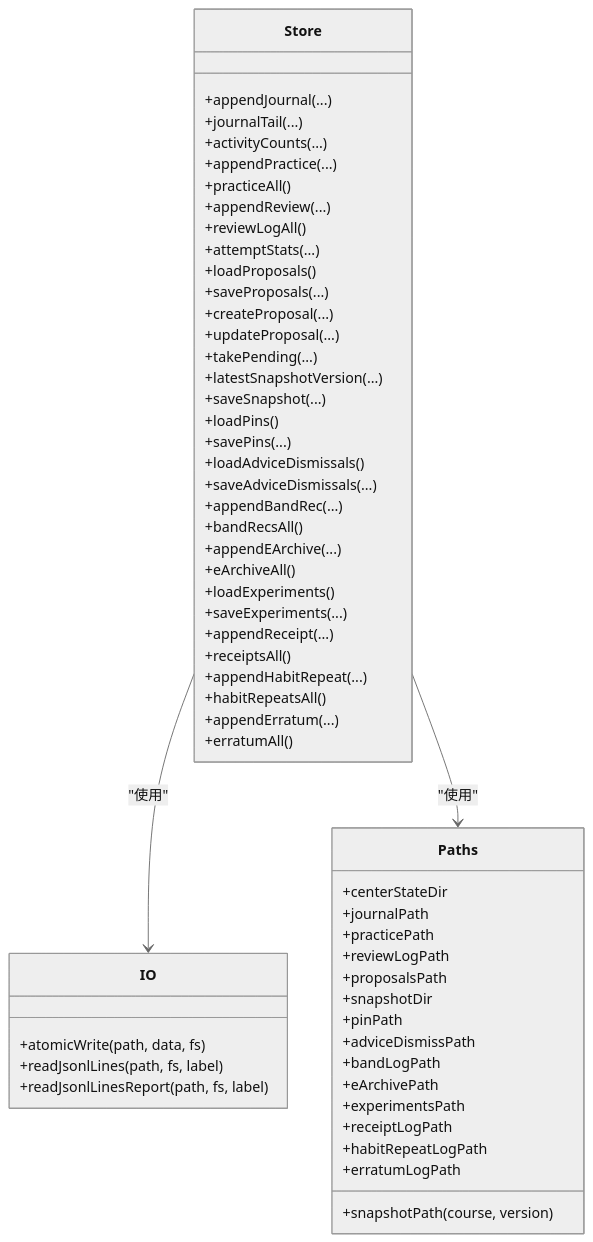
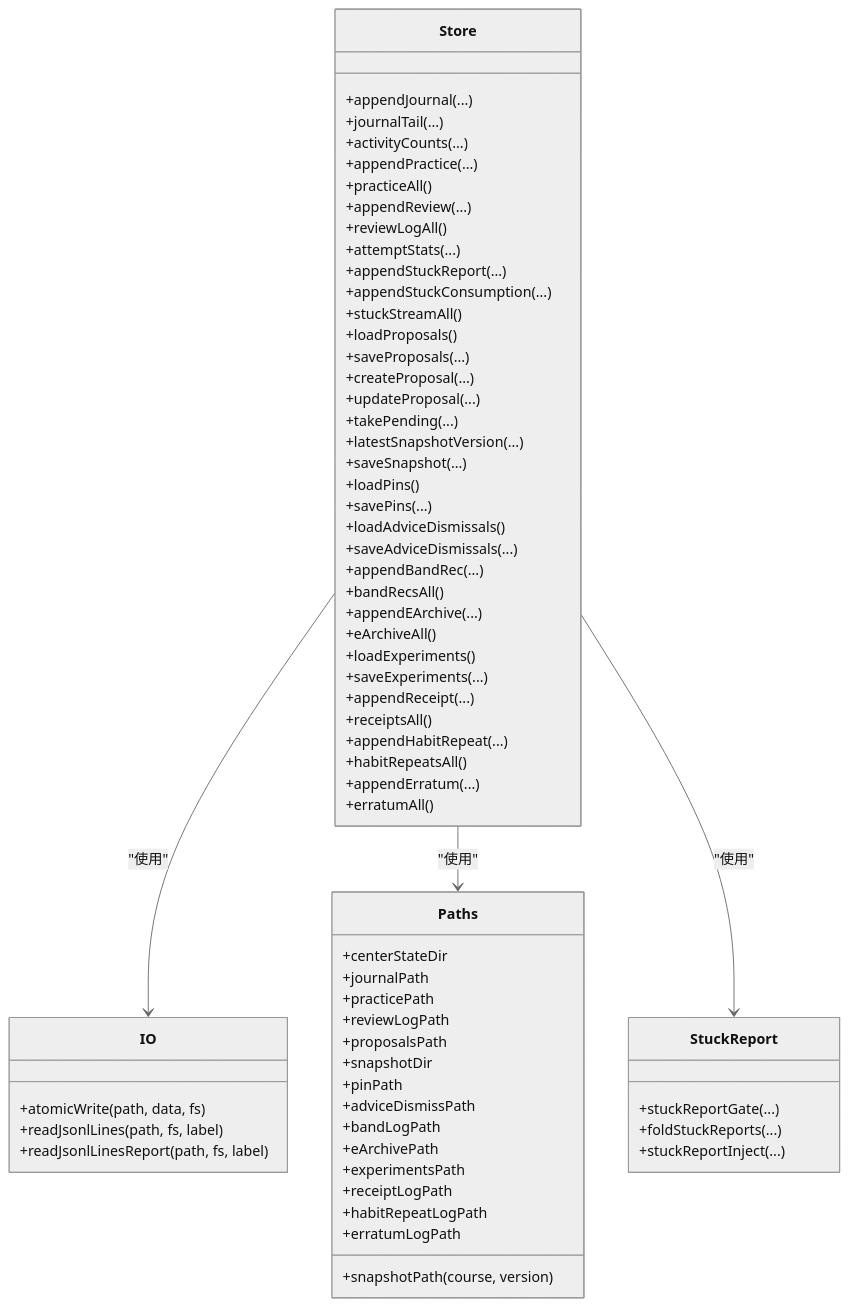
Before and after one commit to maozhijie/learnhub-plugin: the fifth of 5 diagrams in .qoder/repowiki/zh/content/引擎核心/引擎存储系统/存储抽象层.md, drawn with Mermaid (neutral theme). The commit also changed other lines of this file and 8 other files, not shown here.

````diff
--- a/.qoder/repowiki/zh/content/引擎核心/引擎存储系统/存储抽象层.md
+++ b/.qoder/repowiki/zh/content/引擎核心/引擎存储系统/存储抽象层.md
@@ -203,60 +266,69 @@
 ```mermaid
 classDiagram
 class Store {
 +appendJournal(...)
 +journalTail(...)
 +activityCounts(...)
 +appendPractice(...)
 +practiceAll()
 +appendReview(...)
 +reviewLogAll()
 +attemptStats(...)
++appendStuckReport(...)
++appendStuckConsumption(...)
++stuckStreamAll()
 +loadProposals()
 +saveProposals(...)
 +createProposal(...)
 +updateProposal(...)
 +takePending(...)
 +latestSnapshotVersion(...)
 +saveSnapshot(...)
 +loadPins()
 +savePins(...)
 +loadAdviceDismissals()
 +saveAdviceDismissals(...)
 +appendBandRec(...)
 +bandRecsAll()
 +appendEArchive(...)
 +eArchiveAll()
 +loadExperiments()
 +saveExperiments(...)
 +appendReceipt(...)
 +receiptsAll()
 +appendHabitRepeat(...)
 +habitRepeatsAll()
 +appendErratum(...)
 +erratumAll()
+}
+class StuckReport {
++stuckReportGate(...)
++foldStuckReports(...)
++stuckReportInject(...)
 }
 class IO {
 +atomicWrite(path, data, fs)
 +readJsonlLines(path, fs, label)
 +readJsonlLinesReport(path, fs, label)
 }
 class Paths {
 +centerStateDir
 +journalPath
 +practicePath
 +reviewLogPath
 +proposalsPath
 +snapshotDir
 +pinPath
 +adviceDismissPath
 +bandLogPath
 +eArchivePath
 +experimentsPath
 +receiptLogPath
 +habitRepeatLogPath
 +erratumLogPath
 +snapshotPath(course, version)
 }
 Store --> IO : "使用"
 Store --> Paths : "使用"
+Store --> StuckReport : "使用"
 ```
````
